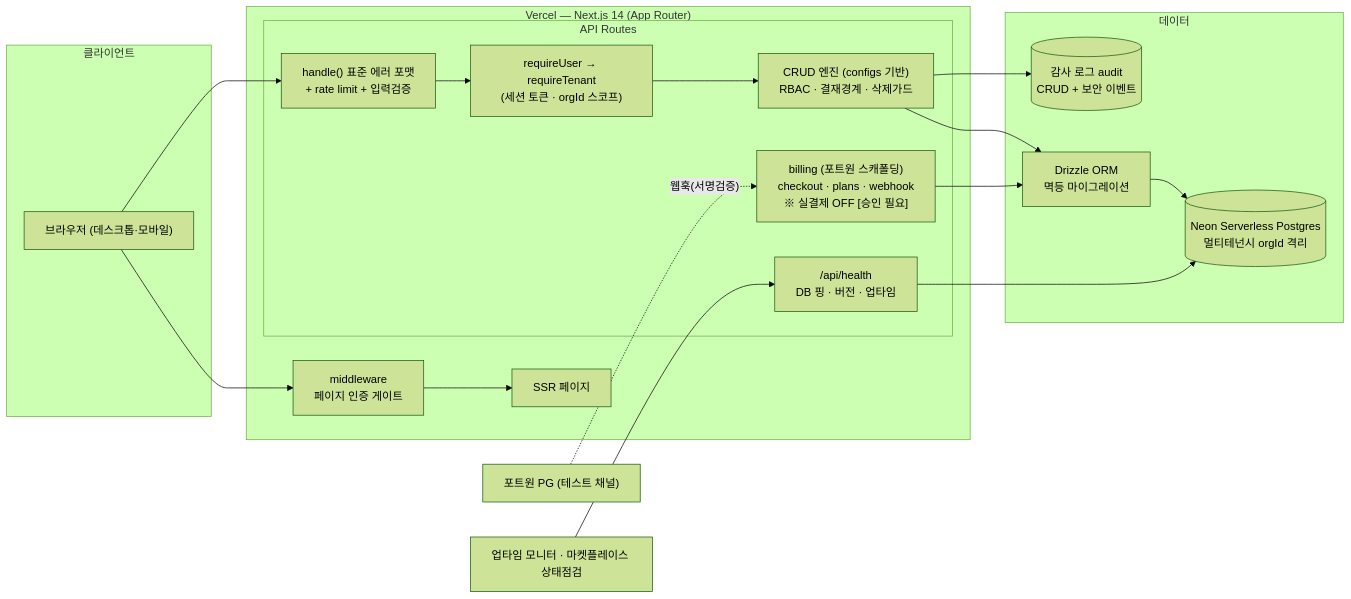
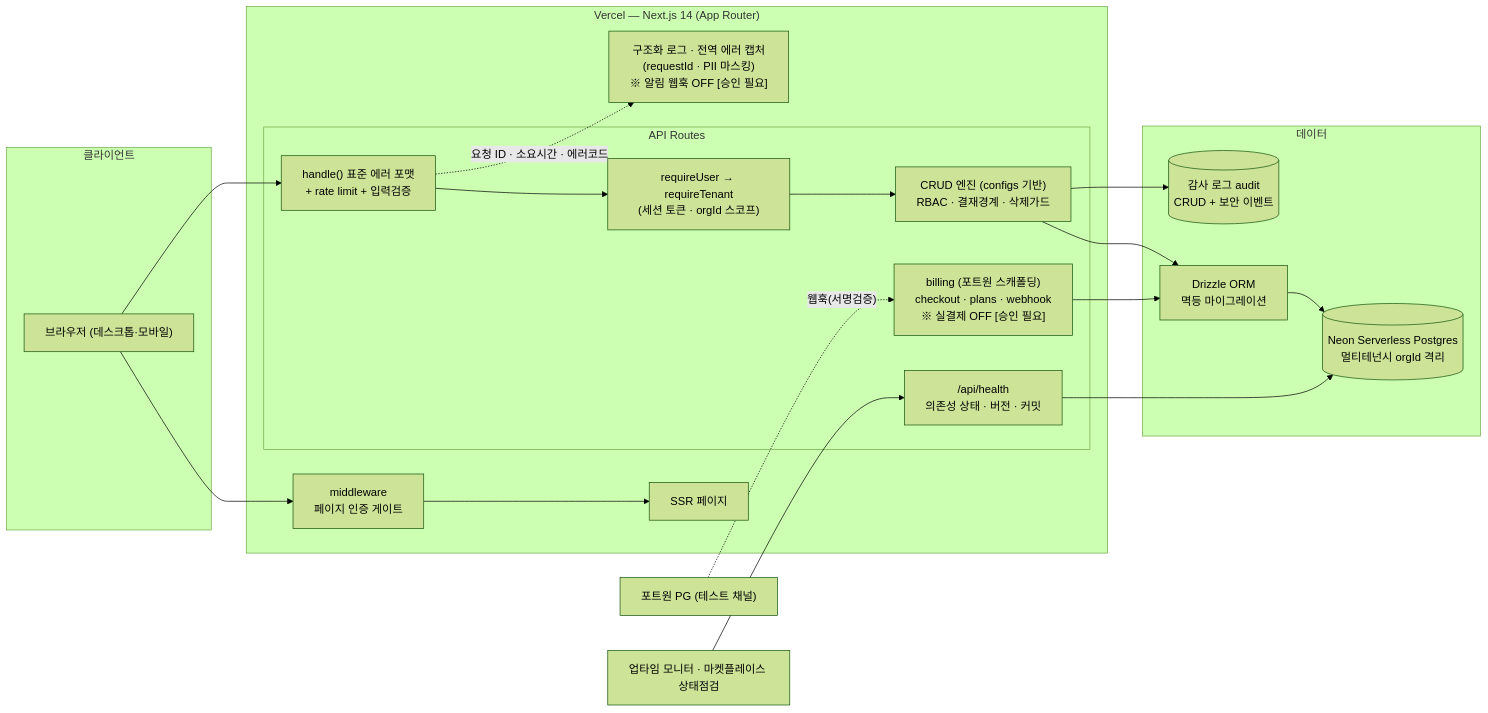
Before and after one commit to AI-JUNE/pms-saas: the diagram in docs/MARKETPLACE_SUBMISSION.md, drawn with Mermaid (forest theme). The commit also changed other lines of this file and 2 other files, not shown here.

````diff
--- a/docs/MARKETPLACE_SUBMISSION.md
+++ b/docs/MARKETPLACE_SUBMISSION.md
@@ -42,33 +44,35 @@
 ```mermaid
 flowchart LR
   subgraph Client["클라이언트"]
     B["브라우저 (데스크톱·모바일)"]
   end
 
   subgraph Vercel["Vercel — Next.js 14 (App Router)"]
     MW["middleware<br/>페이지 인증 게이트"]
     SSR["SSR 페이지"]
     subgraph API["API Routes"]
       H["handle() 표준 에러 포맷<br/>+ rate limit + 입력검증"]
       AUTH["requireUser → requireTenant<br/>(세션 토큰 · orgId 스코프)"]
       CRUD["CRUD 엔진 (configs 기반)<br/>RBAC · 결재경계 · 삭제가드"]
       BILL["billing (포트원 스캐폴딩)<br/>checkout · plans · webhook<br/>※ 실결제 OFF [승인 필요]"]
-      HEALTH["/api/health<br/>DB 핑 · 버전 · 업타임"]
+      HEALTH["/api/health<br/>의존성 상태 · 버전 · 커밋"]
     end
+    LOG["구조화 로그 · 전역 에러 캡처<br/>(requestId · PII 마스킹)<br/>※ 알림 웹훅 OFF [승인 필요]"]
   end
 
   subgraph Data["데이터"]
     DRZ["Drizzle ORM<br/>멱등 마이그레이션"]
     NEON[("Neon Serverless Postgres<br/>멀티테넌시 orgId 격리")]
     AUD[("감사 로그 audit<br/>CRUD + 보안 이벤트")]
   end
 
   PG["포트원 PG (테스트 채널)"] -. "웹훅(서명검증)" .-> BILL
   MON["업타임 모니터 · 마켓플레이스 상태점검"] --> HEALTH
 
   B --> MW --> SSR
   B --> H --> AUTH --> CRUD --> DRZ --> NEON
   CRUD --> AUD
   BILL --> DRZ
   HEALTH --> NEON
+  H -. "요청 ID · 소요시간 · 에러코드" .-> LOG
 ```
````
